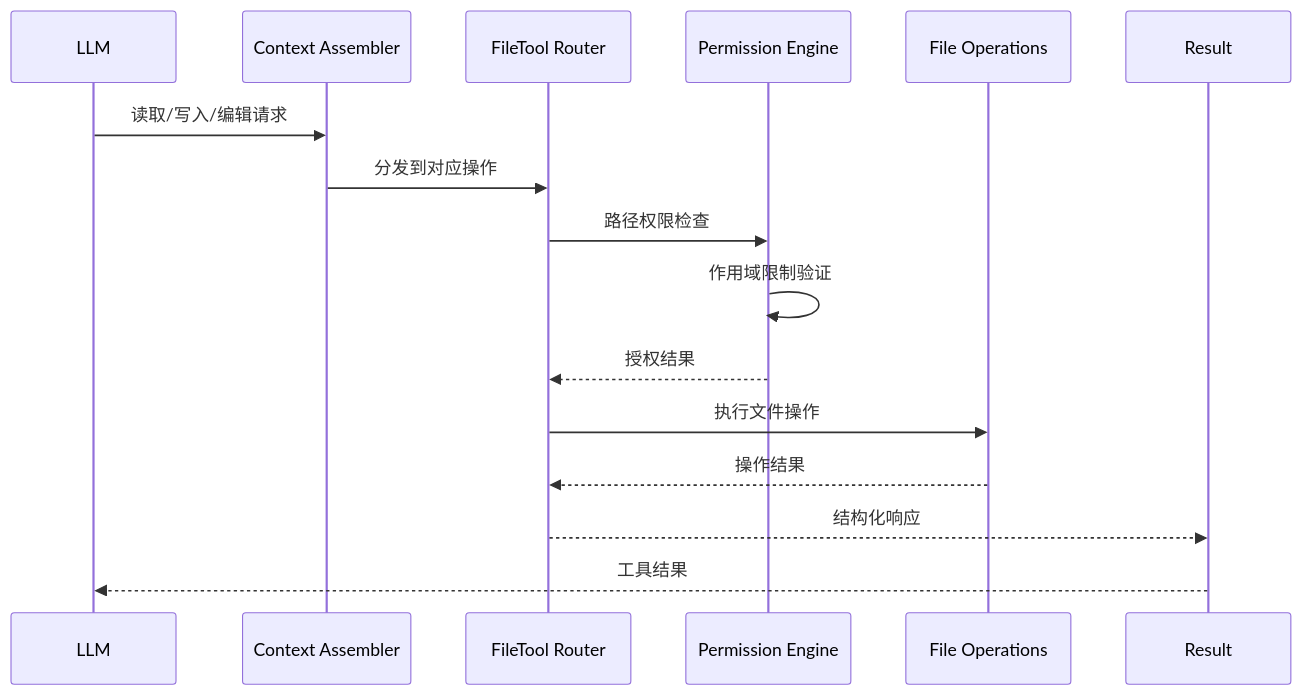
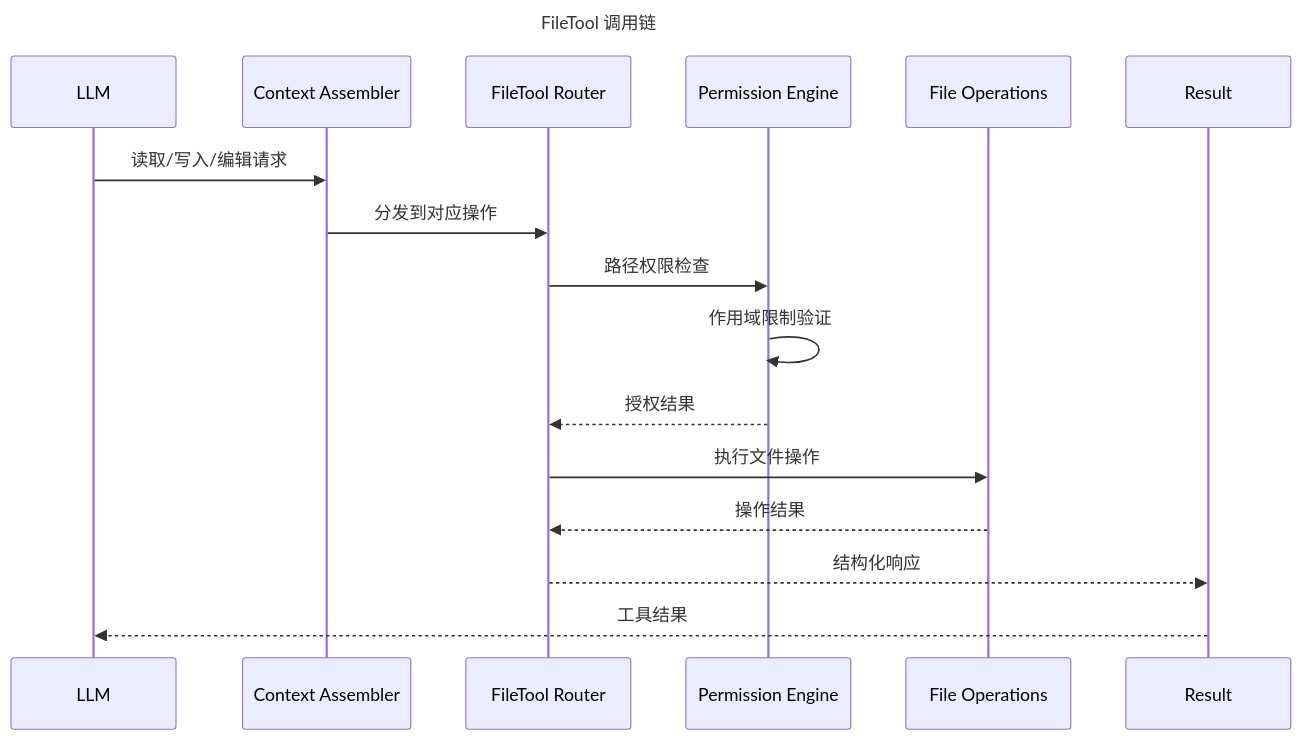
Before and after one commit to Taotie2002/claude-code-deep-dive: the sixth of 15 diagrams in docs/06-data-flow.md, drawn with Mermaid. The commit also changed other lines of this file and 12 other files, not shown here.

````diff
--- a/docs/06-data-flow.md
+++ b/docs/06-data-flow.md
@@ -121,19 +136,22 @@
 ```mermaid
+---
+title: FileTool 调用链
+---
 sequenceDiagram
     participant LLM
     participant C as Context Assembler
     participant FT as FileTool Router
     participant PE as Permission Engine
     participant OPS as File Operations
     participant R as Result
 
     LLM->>C: 读取/写入/编辑请求
     C->>FT: 分发到对应操作
     FT->>PE: 路径权限检查
     PE->>PE: 作用域限制验证
     PE-->>FT: 授权结果
     FT->>OPS: 执行文件操作
     OPS-->>FT: 操作结果
     FT-->>R: 结构化响应
     R-->>LLM: 工具结果
 ```
````
